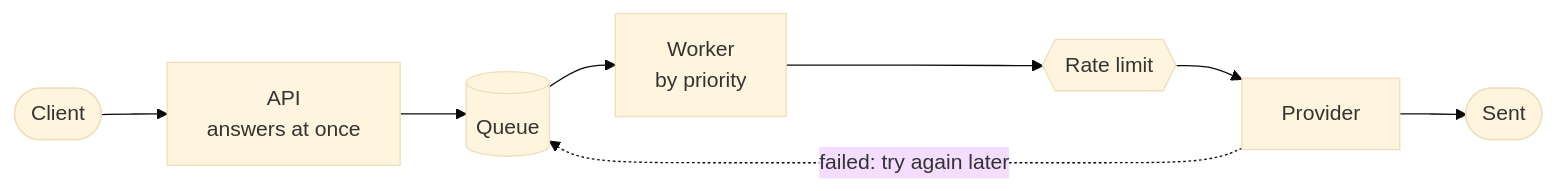
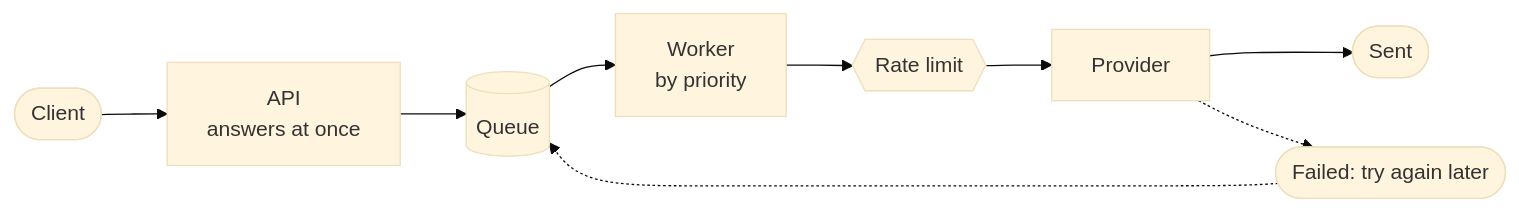
One commit to merteldem1r/Event-Driven-Notification-System changed the second of 6 diagrams in README.md. Above: the diagram before and after it, drawn with Mermaid (base theme). The commit also changed other lines of this file, not shown here.

````diff
--- a/README.md
+++ b/README.md
@@ -153,10 +141,11 @@
 ```mermaid
 flowchart LR
     client([Client]) --> api[API<br/>answers at once]
     api --> queue[(Queue)]
     queue --> worker[Worker<br/>by priority]
     worker --> limit{{Rate limit}}
     limit --> provider[Provider]
     provider --> sent([Sent])
-    provider -. failed: try again later .-> queue
+    provider -.-> retry([Failed: try again later])
+    retry -.-> queue
 ```
````
